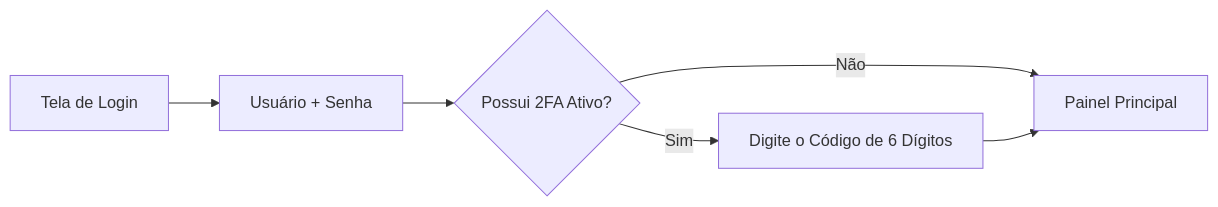
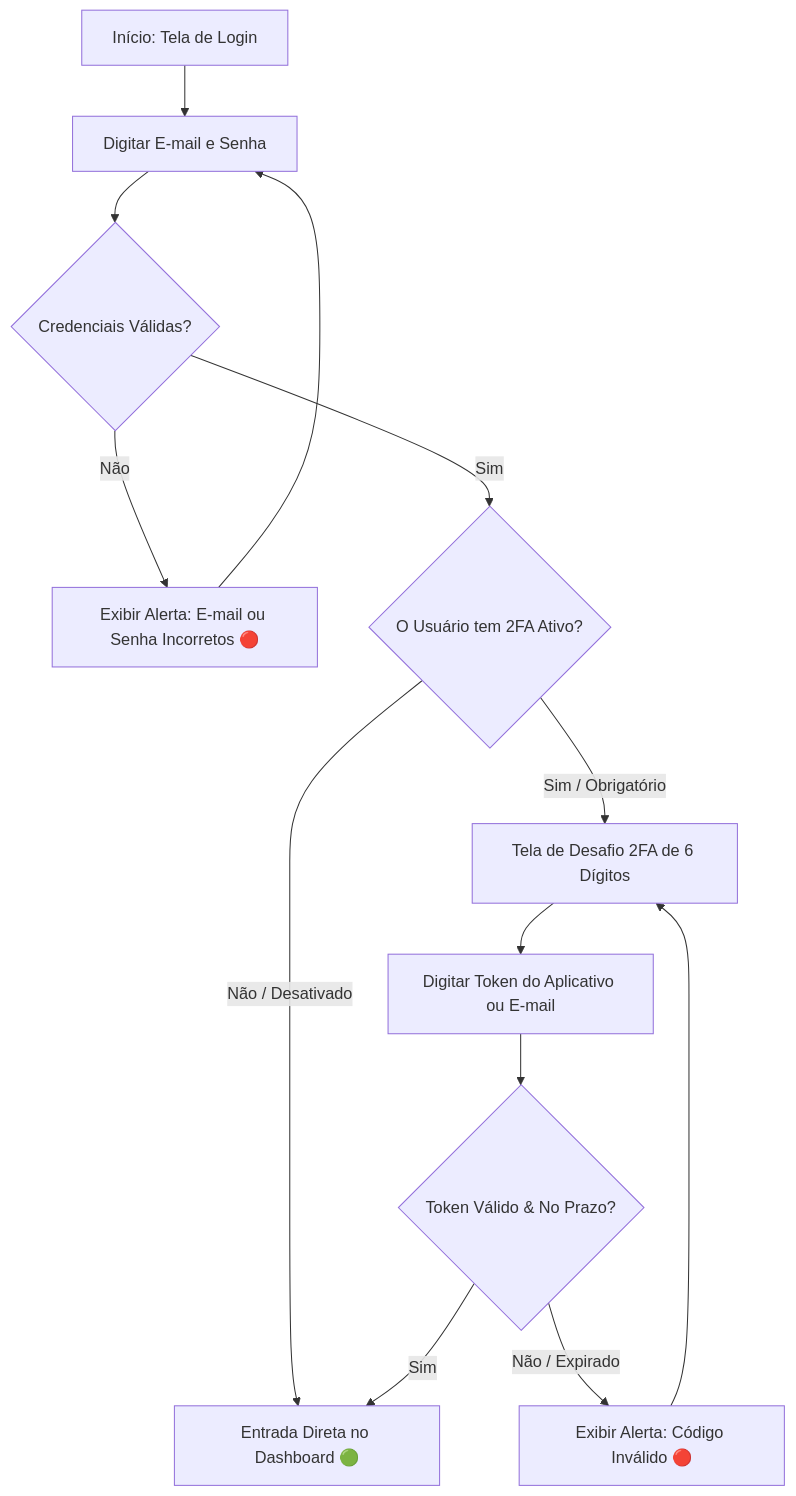
Before and after one commit to alexandreseverogh/NetImobiliaria: the diagram in docs/20_manual_usuario_visao_geral_e_primeiros_passos.md, drawn with Mermaid. The commit also changed other lines of this file and 6 other files, not shown here.

Commit message:
docs: enriquecimento massivo dos manuais do usuario com mockups visuais, matrizes de campos, diagramas mermaid e guia de interpretacao de resultados

````diff
--- a/docs/20_manual_usuario_visao_geral_e_primeiros_passos.md
+++ b/docs/20_manual_usuario_visao_geral_e_primeiros_passos.md
@@ -17,8 +39,15 @@
 ```mermaid
-graph LR
-    Login[Tela de Login] --> Credenciais[Usuário + Senha]
-    Credenciais --> Check2FA{Possui 2FA Ativo?}
-    Check2FA -- Sim --> Token2FA[Digite o Código de 6 Dígitos]
-    Check2FA -- Não --> Painel[Painel Principal]
-    Token2FA --> Painel
+graph TD
+    A[Início: Tela de Login] --> B[Digitar E-mail e Senha]
+    B --> C{Credenciais Válidas?}
+    C -- Não --> D[Exibir Alerta: E-mail ou Senha Incorretos 🔴]
+    D --> B
+    C -- Sim --> E{O Usuário tem 2FA Ativo?}
+    E -- Não / Desativado --> F[Entrada Direta no Dashboard 🟢]
+    E -- Sim / Obrigatório --> G[Tela de Desafio 2FA de 6 Dígitos]
+    G --> H[Digitar Token do Aplicativo ou E-mail]
+    H --> I{Token Válido & No Prazo?}
+    I -- Não / Expirado --> J[Exibir Alerta: Código Inválido 🔴]
+    J --> G
+    I -- Sim --> F
 ```
````
